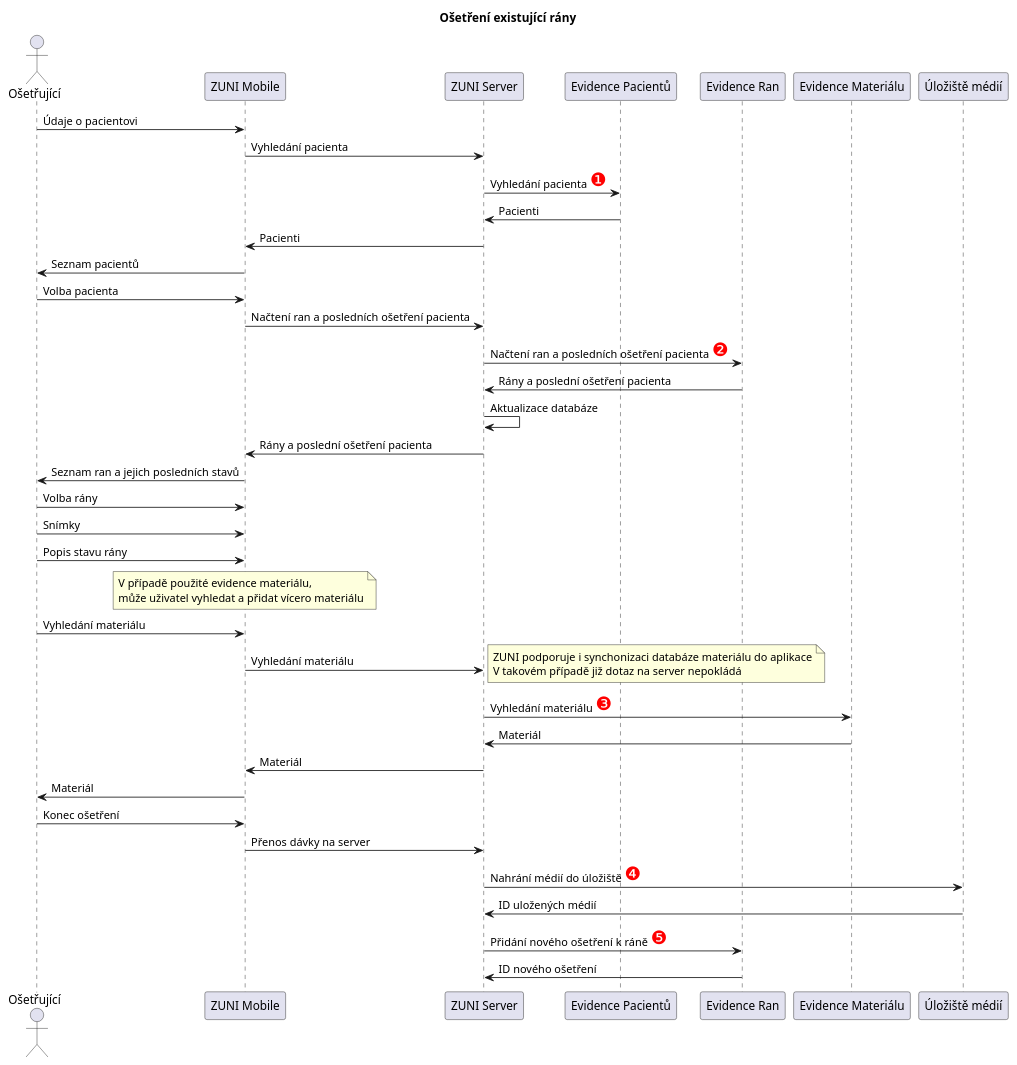
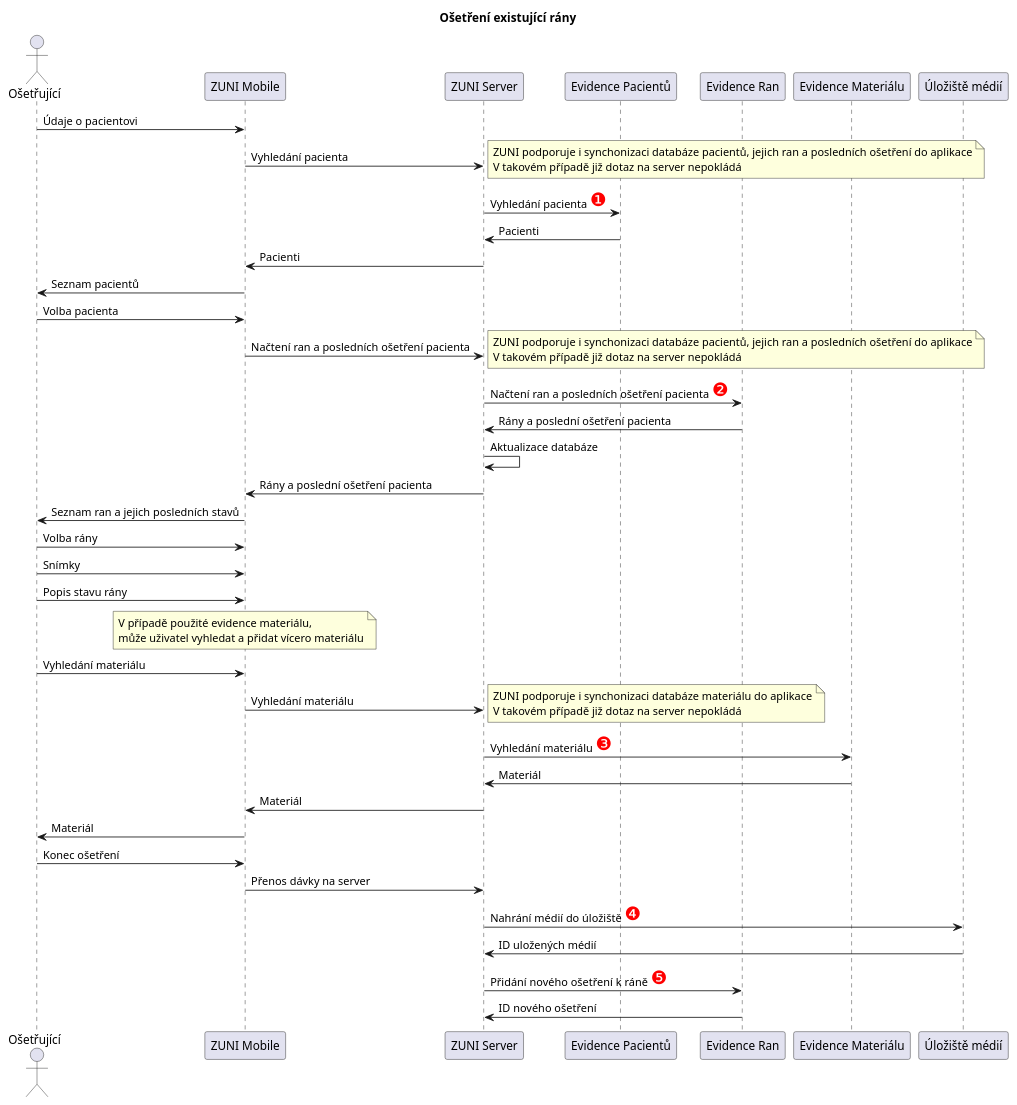
Before and after one commit to bindworks/bw-zuni-docs: the diagram in integration/integration-sequence-existing-wound.plantuml, drawn with PlantUML.

Commit message:
Update integration sequence with ZUNI synchronization notes
Added notes about ZUNI's support for patient database synchronization.

```diff
--- a/integration/integration-sequence-existing-wound.plantuml
+++ b/integration/integration-sequence-existing-wound.plantuml
@@ -1,55 +1,63 @@
 @startuml
 
 title "Ošetření existující rány"
 
 actor SES as "Ošetřující"
 participant MOB as "ZUNI Mobile"
 participant SER as "ZUNI Server"
 participant PAC as "Evidence Pacientů"
 participant RAN as "Evidence Ran"
 participant MAT as "Evidence Materiálu"
 participant MED as "Úložiště médií"
 
 SES -> MOB: Údaje o pacientovi
 MOB -> SER: Vyhledání pacienta
+note right
+ZUNI podporuje i synchonizaci databáze pacientů, jejich ran a posledních ošetření do aplikace
+V takovém případě již dotaz na server nepokládá
+end note
 SER -> PAC: Vyhledání pacienta <font color="red"><size:22>❶
 SER <- PAC: Pacienti
 MOB <- SER: Pacienti
 SES <- MOB: Seznam pacientů
 
 SES -> MOB: Volba pacienta
 MOB -> SER: Načtení ran a posledních ošetření pacienta
+note right
+ZUNI podporuje i synchonizaci databáze pacientů, jejich ran a posledních ošetření do aplikace
+V takovém případě již dotaz na server nepokládá
+end note
 SER -> RAN: Načtení ran a posledních ošetření pacienta <font color="red"><size:22>❷
 SER <- RAN: Rány a poslední ošetření pacienta
 SER -> SER: Aktualizace databáze
 MOB <- SER: Rány a poslední ošetření pacienta
 SES <- MOB: Seznam ran a jejich posledních stavů
 
 SES -> MOB: Volba rány
 SES -> MOB: Snímky
 SES -> MOB: Popis stavu rány
 
 note over MOB
 V případě použité evidence materiálu,
 může uživatel vyhledat a přidat vícero materiálu
 end note
 
 SES -> MOB: Vyhledání materiálu
 MOB -> SER: Vyhledání materiálu
 note right
 ZUNI podporuje i synchonizaci databáze materiálu do aplikace
 V takovém případě již dotaz na server nepokládá
 end note
 SER -> MAT: Vyhledání materiálu <font color="red"><size:22>❸
 SER <- MAT: Materiál
 MOB <- SER: Materiál
 SES <- MOB: Materiál
 
 SES -> MOB: Konec ošetření
 MOB -> SER: Přenos dávky na server
 SER -> MED: Nahrání médií do úložiště <font color="red"><size:22>❹
 MED -> SER: ID uložených médií
 SER -> RAN: Přidání nového ošetření k ráně <font color="red"><size:22>❺
 SER <- RAN: ID nového ošetření
 
 @enduml
```
